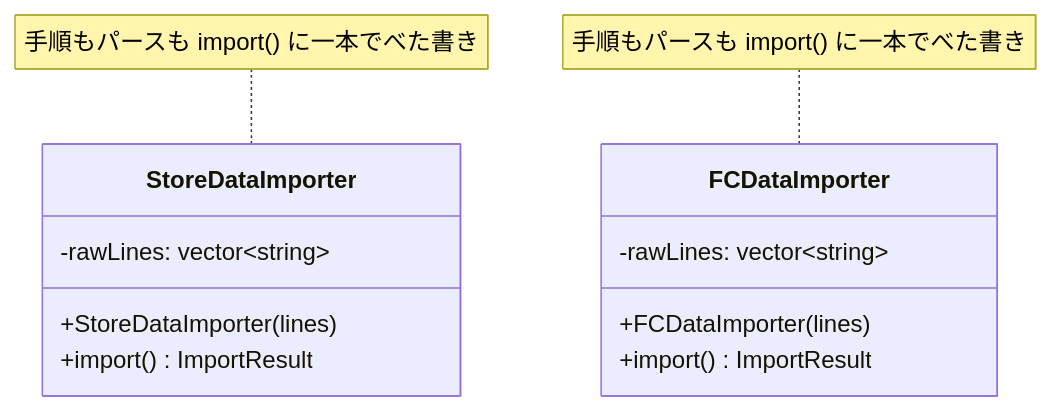
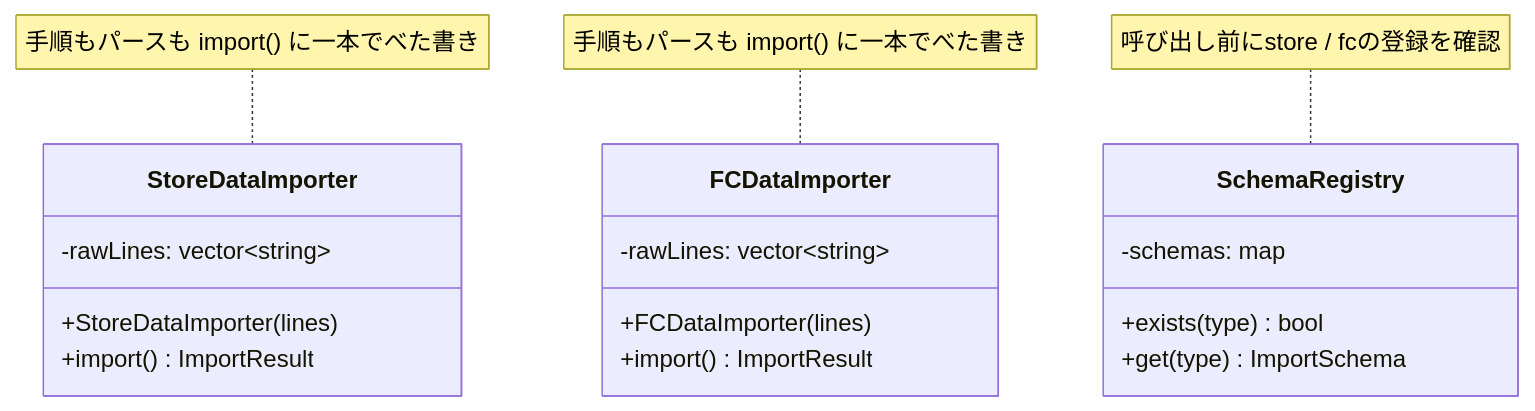
One commit to kumachan1101-pixel/DesignPattern changed the second of 11 diagrams in kindle/design-patterns/output/chapter04.md. Above: the diagram before and after it, drawn with Mermaid. The commit also changed other lines of this file and 1 other file, not shown here.

````diff
--- a/kindle/design-patterns/output/chapter04.md
+++ b/kindle/design-patterns/output/chapter04.md
@@ -172,16 +172,22 @@
 ```mermaid
 classDiagram
     class StoreDataImporter {
         -rawLines: vector~string~
         +StoreDataImporter(lines)
         +import() ImportResult
     }
     class FCDataImporter {
         -rawLines: vector~string~
         +FCDataImporter(lines)
         +import() ImportResult
     }
+    class SchemaRegistry {
+        -schemas: map
+        +exists(type) bool
+        +get(type) ImportSchema
+    }
     note for StoreDataImporter "手順もパースも import() に一本でべた書き"
     note for FCDataImporter "手順もパースも import() に一本でべた書き"
+    note for SchemaRegistry "呼び出し前にstore / fcの登録を確認"
 
 ```
````
